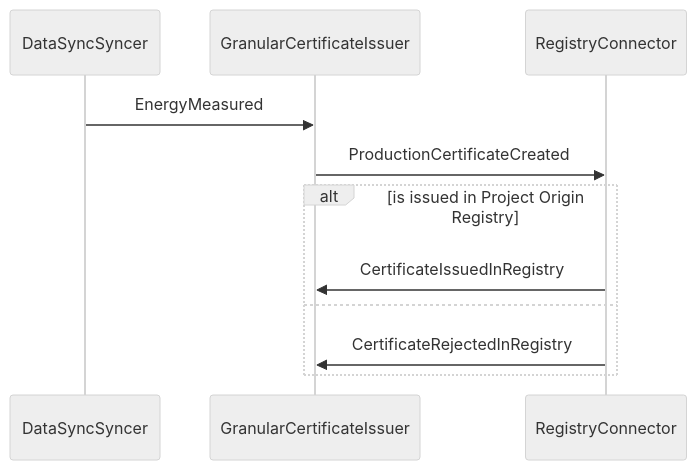
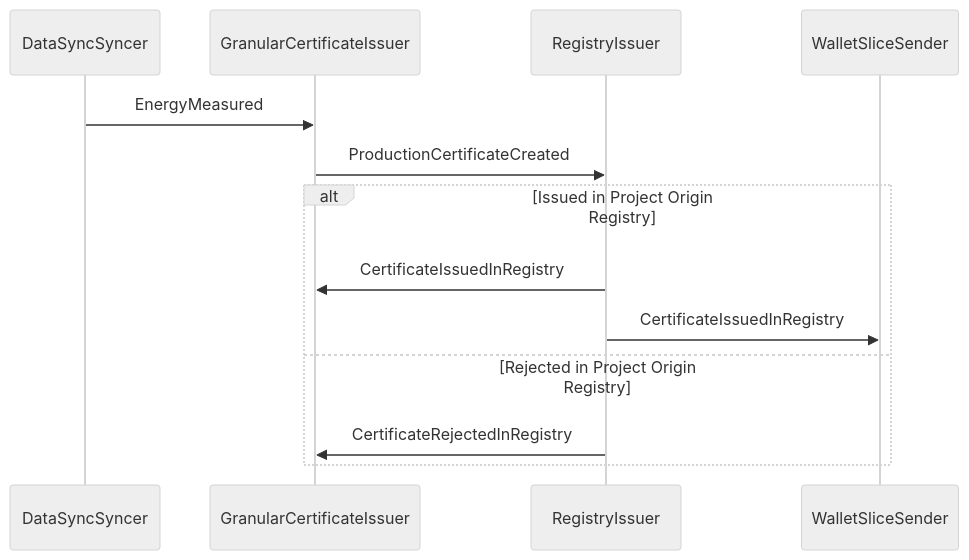
One commit to Energinet-DataHub/energy-origin changed the diagram in doc/architecture/domains/certificates.md. Above: the diagram before and after it, drawn with Mermaid (neutral theme). The commit also changed other lines of this file and 2 other files, not shown here.

````diff
--- a/doc/architecture/domains/certificates.md
+++ b/doc/architecture/domains/certificates.md
@@ -31,14 +29,16 @@
 ```mermaid
 sequenceDiagram
     participant dss as DataSyncSyncer
     participant gci as GranularCertificateIssuer
-    participant reg as RegistryConnector
+    participant reg as RegistryIssuer
+    participant wal as WalletSliceSender
 
     dss->>gci: EnergyMeasured
     gci->>reg: ProductionCertificateCreated
-    alt is issued in Project Origin Registry
+    alt Issued in Project Origin Registry
         reg->>gci: CertificateIssuedInRegistry
-    else
+        reg->>wal: CertificateIssuedInRegistry
+    else Rejected in Project Origin Registry
         reg->>gci: CertificateRejectedInRegistry
     end
 ```
````
